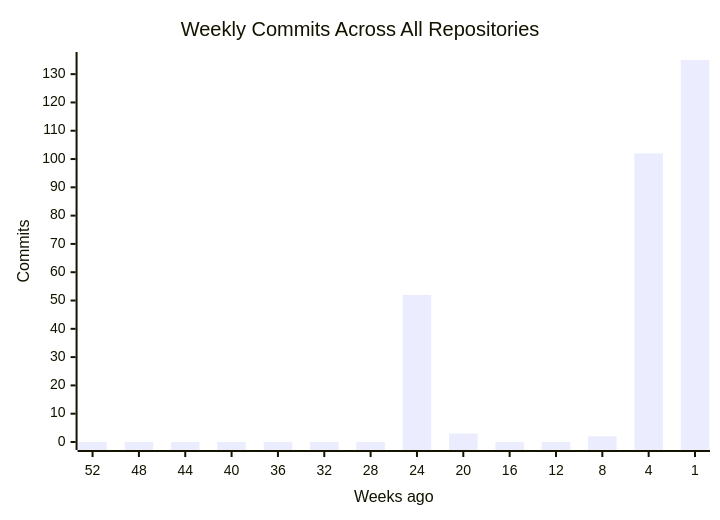
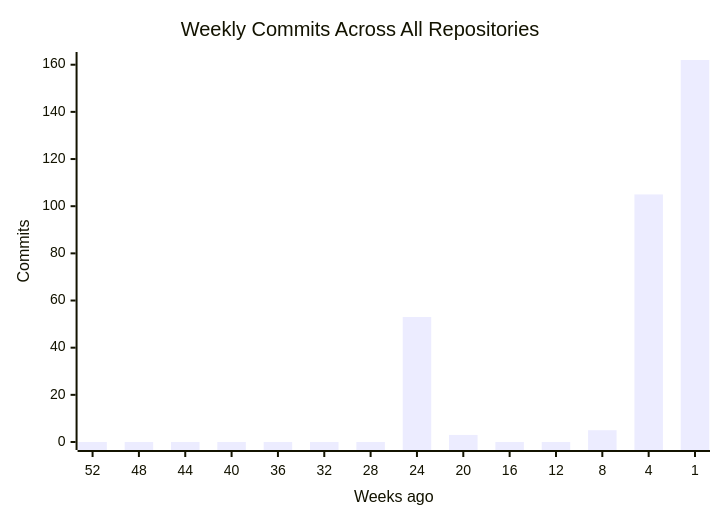
The first of 4 diagrams in profile/README.md (CSTH-Projects/.github), drawn with Mermaid before and after one commit. The commit also changed other lines of this file, not shown here.

````diff
--- a/profile/README.md
+++ b/profile/README.md
@@ -16,7 +16,7 @@
 ```mermaid
 xychart-beta
     title "Weekly Commits Across All Repositories"
     x-axis "Weeks ago" [52, 48, 44, 40, 36, 32, 28, 24, 20, 16, 12, 8, 4, 1]
     y-axis "Commits"
-    bar [0, 0, 0, 0, 0, 0, 0, 52, 3, 0, 0, 2, 102, 135]
+    bar [0, 0, 0, 0, 0, 0, 0, 53, 3, 0, 0, 5, 105, 162]
 ```
````
